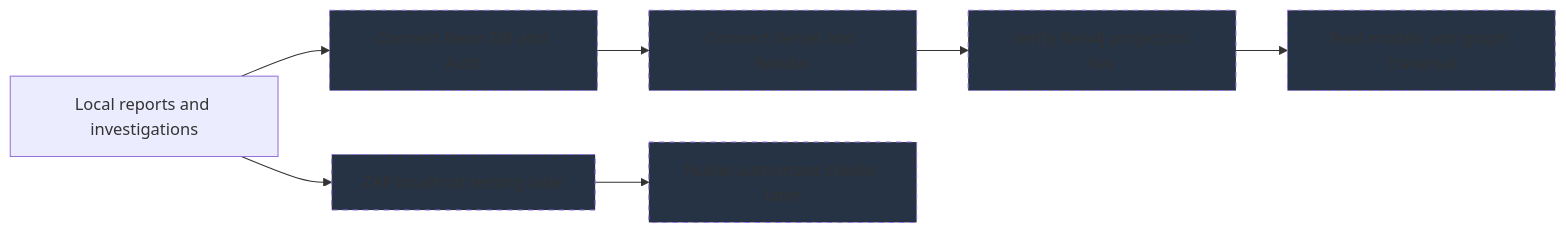
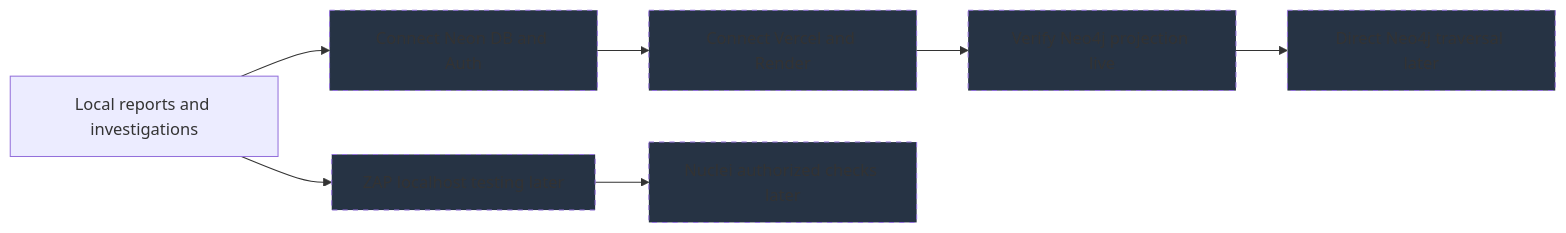
The sixth of 6 diagrams in interactive_knowledge_base_architecture_phase1_phase2_v2.md (SYNTHOS7/Nosleep), drawn with Mermaid before and after one commit. The commit also changed other lines of this file and 28 other files, not shown here.

````diff
--- a/interactive_knowledge_base_architecture_phase1_phase2_v2.md
+++ b/interactive_knowledge_base_architecture_phase1_phase2_v2.md
@@ -132,22 +131,22 @@
 ```mermaid
 flowchart LR
     local["Local reports and investigations"]
     neon["Connect Neon DB and Auth"]
     style neon stroke-dasharray: 5 5,fill:#263344
     hosts["Connect Vercel and Render"]
     style hosts stroke-dasharray: 5 5,fill:#263344
     neo["Verify Neo4j projection live"]
     style neo stroke-dasharray: 5 5,fill:#263344
     zap["ZAP localhost testing later"]
     style zap stroke-dasharray: 5 5,fill:#263344
     nuclei["Nuclei authorized checks later"]
     style nuclei stroke-dasharray: 5 5,fill:#263344
-    models["Real models and graph traversal"]
+    models["Direct Neo4j traversal later"]
     style models stroke-dasharray: 5 5,fill:#263344
     local --> neon
     neon --> hosts
     hosts --> neo
     local --> zap
     zap --> nuclei
     neo --> models
 ```
````
